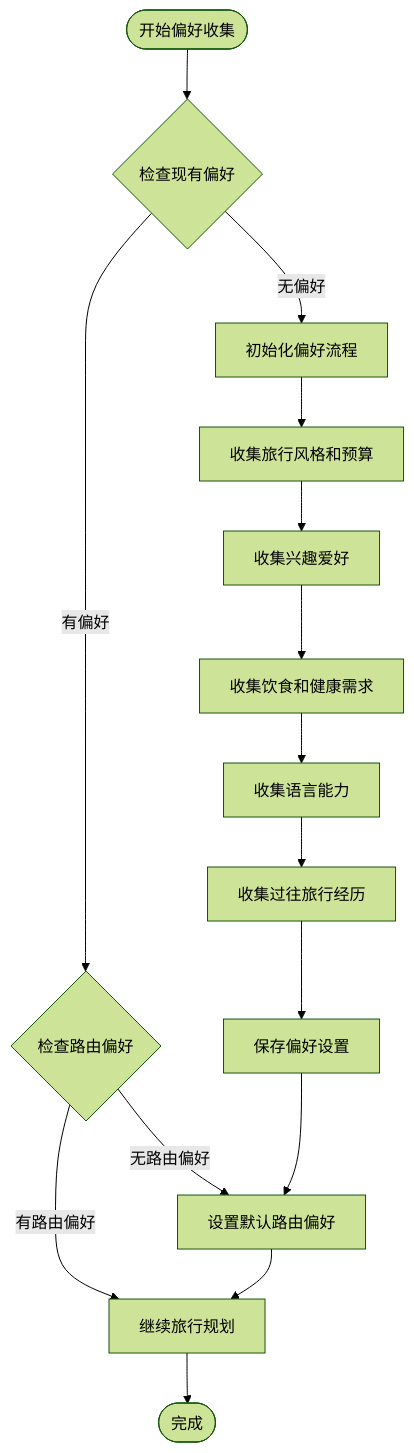
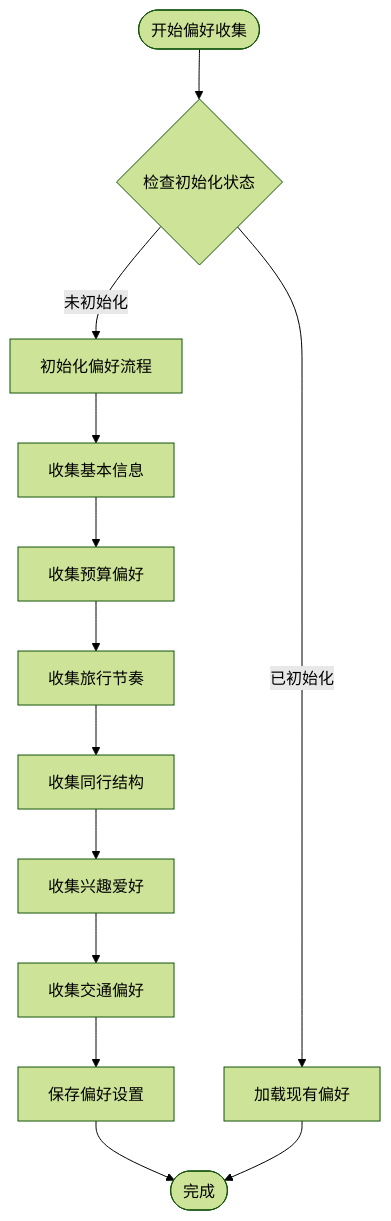
The tenth of 28 diagrams in .qoder/repowiki/zh/content/技能平台/内置技能/旅行规划技能系统.md (verse-ai-org/openclaw), drawn with Mermaid (forest theme) before and after one commit. The commit also changed other lines of this file and 22 other files, not shown here.

````diff
--- a/.qoder/repowiki/zh/content/技能平台/内置技能/旅行规划技能系统.md
+++ b/.qoder/repowiki/zh/content/技能平台/内置技能/旅行规划技能系统.md
@@ -411,17 +562,15 @@
 ```mermaid
 flowchart TD
-Start([开始偏好收集]) --> CheckPrefs{检查现有偏好}
-CheckPrefs --> |无偏好| InitFlow[初始化偏好流程]
-CheckPrefs --> |有偏好| CheckRoutePref{检查路由偏好}
-CheckRoutePref --> |无路由偏好| SetRoutePref[设置默认路由偏好]
-CheckRoutePref --> |有路由偏好| Continue[继续旅行规划]
-InitFlow --> StyleBudget[收集旅行风格和预算]
-StyleBudget --> Interests[收集兴趣爱好]
-Interests --> DietHealth[收集饮食和健康需求]
-DietHealth --> Language[收集语言能力]
-Language --> Previous[收集过往旅行经历]
-Previous --> SavePrefs[保存偏好设置]
-SavePrefs --> SetRoutePref
-SetRoutePref --> Continue
-Continue --> End([完成])
+Start([开始偏好收集]) --> CheckInit{检查初始化状态}
+CheckInit --> |未初始化| InitFlow[初始化偏好流程]
+CheckInit --> |已初始化| LoadPrefs[加载现有偏好]
+InitFlow --> CollectBasic[收集基本信息]
+CollectBasic --> CollectBudget[收集预算偏好]
+CollectBudget --> CollectPace[收集旅行节奏]
+CollectPace --> CollectCompanions[收集同行结构]
+CollectCompanions --> CollectInterests[收集兴趣爱好]
+CollectInterests --> CollectTransport[收集交通偏好]
+CollectTransport --> SavePrefs[保存偏好设置]
+SavePrefs --> End([完成])
+LoadPrefs --> End
 ```
````
